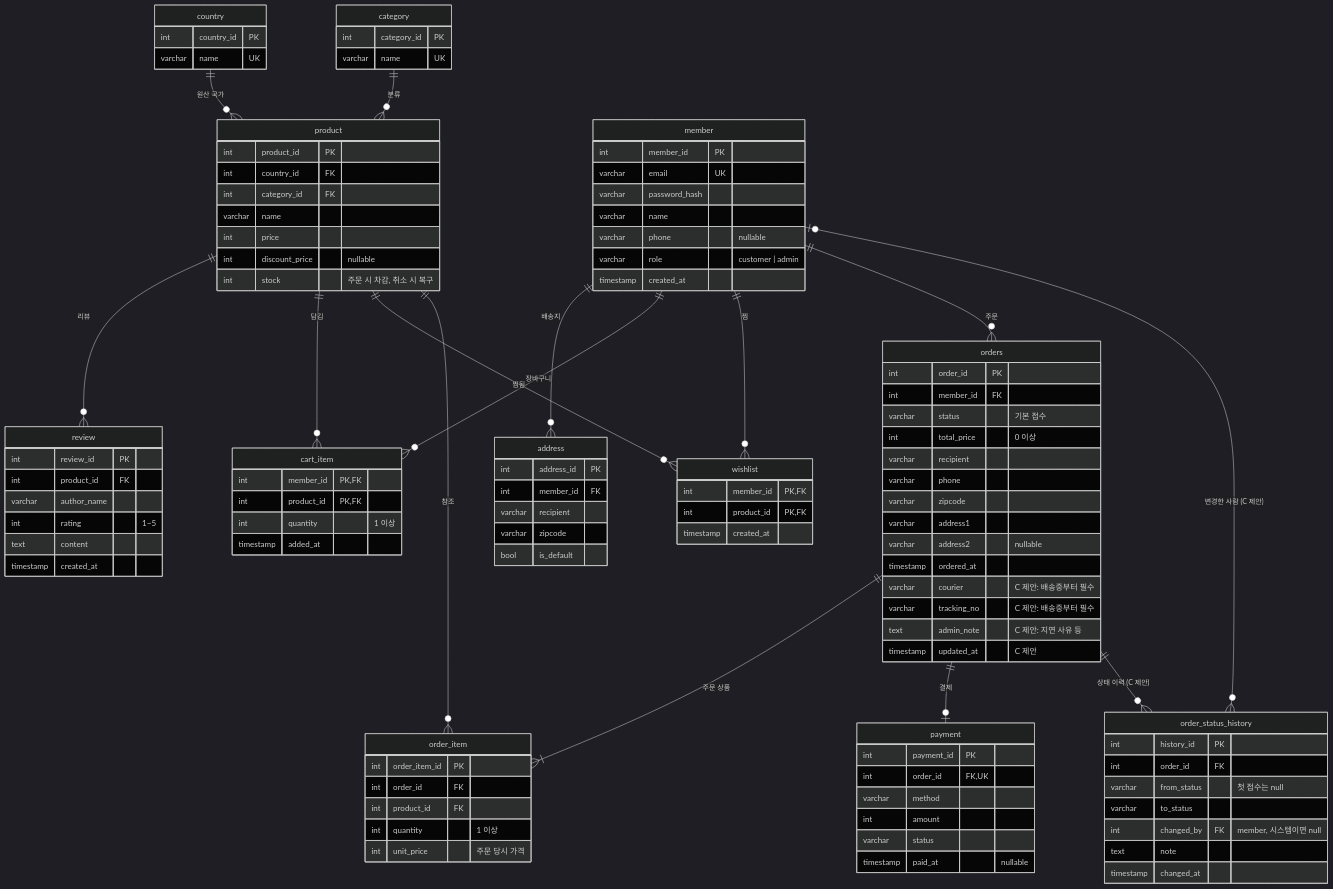
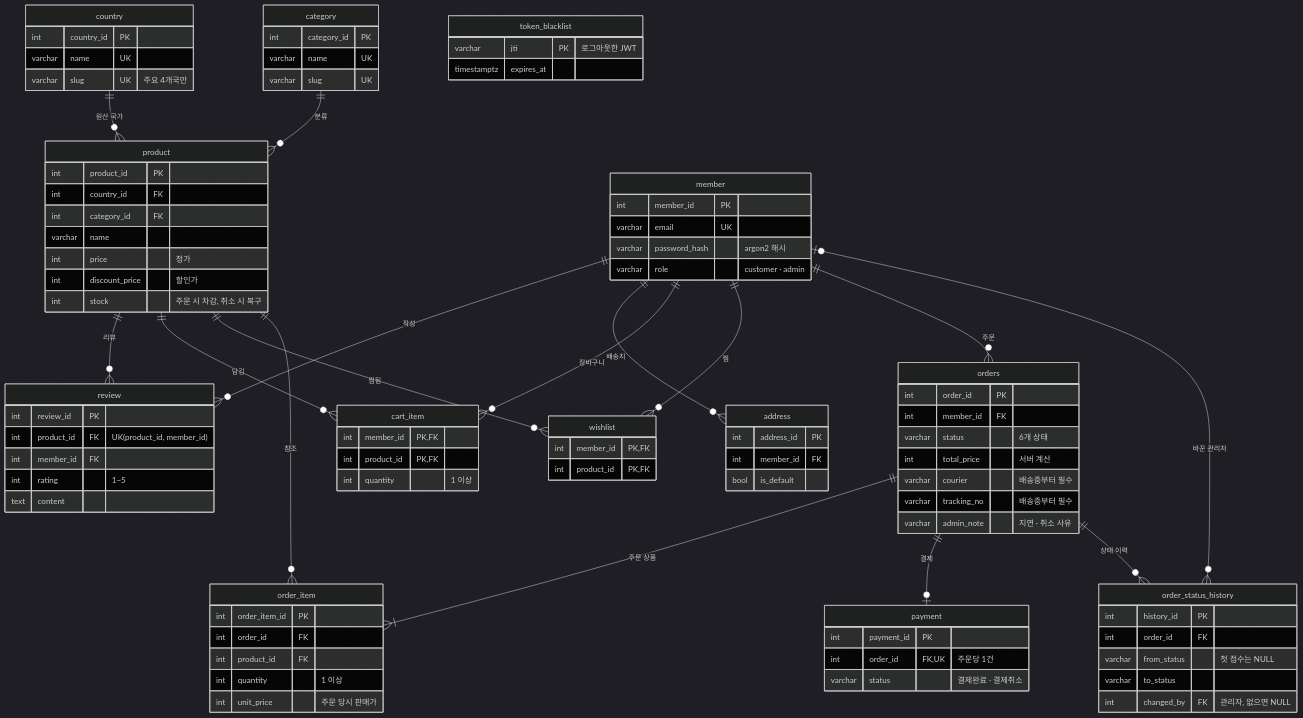
Before and after one commit to jin-park0115/gourmand_shopping_mall: the first of 2 diagrams in docs/ERD.md, drawn with Mermaid (dark theme). The commit also changed other lines of this file, not shown here.

First line of the commit message:
SCRUM-9 [C] ERD 문서를 현재 스키마 기준으로 보강

````diff
--- a/docs/ERD.md
+++ b/docs/ERD.md
@@ -10,6 +26,7 @@
     country  ||--o{ product : "원산 국가"
     category ||--o{ product : "분류"
     product  ||--o{ review : "리뷰"
+    member   ||--o{ review : "작성"
     member   ||--o{ address : "배송지"
     member   ||--o{ cart_item : "장바구니"
     product  ||--o{ cart_item : "담김"
@@ -19,99 +36,85 @@
     orders   ||--|{ order_item : "주문 상품"
     product  ||--o{ order_item : "참조"
     orders   ||--o| payment : "결제"
-    orders   ||--o{ order_status_history : "상태 이력 (C 제안)"
-    member   |o--o{ order_status_history : "변경한 사람 (C 제안)"
+    orders   ||--o{ order_status_history : "상태 이력"
+    member   |o--o{ order_status_history : "바꾼 관리자"
 
     country {
         int country_id PK
         varchar name UK
+        varchar slug UK "주요 4개국만"
     }
     category {
         int category_id PK
         varchar name UK
+        varchar slug UK
     }
     product {
         int product_id PK
         int country_id FK
         int category_id FK
         varchar name
-        int price
-        int discount_price "nullable"
+        int price "정가"
+        int discount_price "할인가"
         int stock "주문 시 차감, 취소 시 복구"
     }
     review {
         int review_id PK
-        int product_id FK
-        varchar author_name
+        int product_id FK "UK(product_id, member_id)"
+        int member_id FK
         int rating "1~5"
         text content
-        timestamp created_at
     }
     member {
         int member_id PK
         varchar email UK
-        varchar password_hash
-        varchar name
-        varchar phone "nullable"
-        varchar role "customer | admin"
-        timestamp created_at
+        varchar password_hash "argon2 해시"
+        varchar role "customer · admin"
     }
     address {
         int address_id PK
         int member_id FK
-        varchar recipient
-        varchar zipcode
         bool is_default
+    }
+    token_blacklist {
+        varchar jti PK "로그아웃한 JWT"
+        timestamptz expires_at
     }
     cart_item {
         int member_id PK, FK
         int product_id PK, FK
         int quantity "1 이상"
-        timestamp added_at
     }
     wishlist {
         int member_id PK, FK
         int product_id PK, FK
-        timestamp created_at
     }
     orders {
         int order_id PK
         int member_id FK
-        varchar status "기본 접수"
-        int total_price "0 이상"
-        varchar recipient
-        varchar phone
-        varchar zipcode
-        varchar address1
-        varchar address2 "nullable"
-        timestamp ordered_at
-        varchar courier "C 제안: 배송중부터 필수"
-        varchar tracking_no "C 제안: 배송중부터 필수"
-        text admin_note "C 제안: 지연 사유 등"
-        timestamp updated_at "C 제안"
+        varchar status "6개 상태"
+        int total_price "서버 계산"
+        varchar courier "배송중부터 필수"
+        varchar tracking_no "배송중부터 필수"
+        varchar admin_note "지연 · 취소 사유"
     }
     order_item {
         int order_item_id PK
         int order_id FK
         int product_id FK
         int quantity "1 이상"
-        int unit_price "주문 당시 가격"
+        int unit_price "주문 당시 판매가"
     }
     payment {
         int payment_id PK
-        int order_id FK, UK
-        varchar method
-        int amount
-        varchar status
-        timestamp paid_at "nullable"
+        int order_id FK, UK "주문당 1건"
+        varchar status "결제완료 · 결제취소"
     }
     order_status_history {
         int history_id PK
         int order_id FK
-        varchar from_status "첫 접수는 null"
+        varchar from_status "첫 접수는 NULL"
         varchar to_status
-        int changed_by FK "member, 시스템이면 null"
-        text note
-        timestamp changed_at
+        int changed_by FK "관리자, 없으면 NULL"
     }
 ```
````
